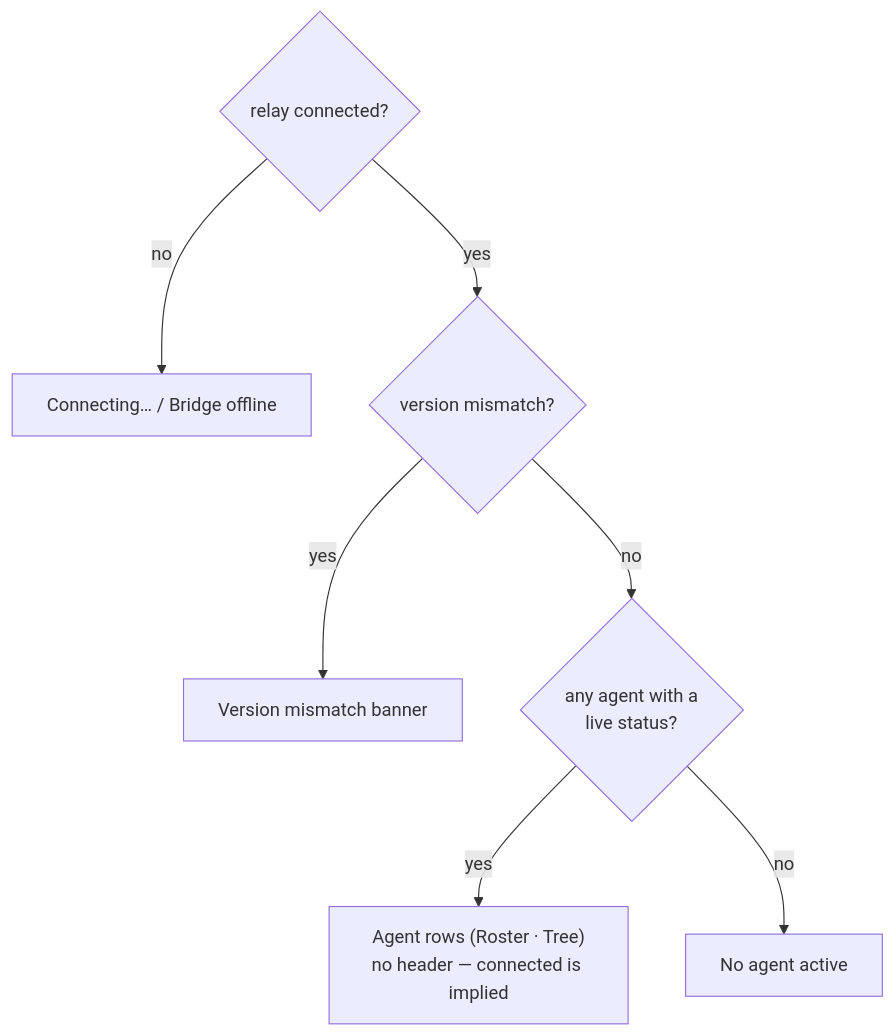
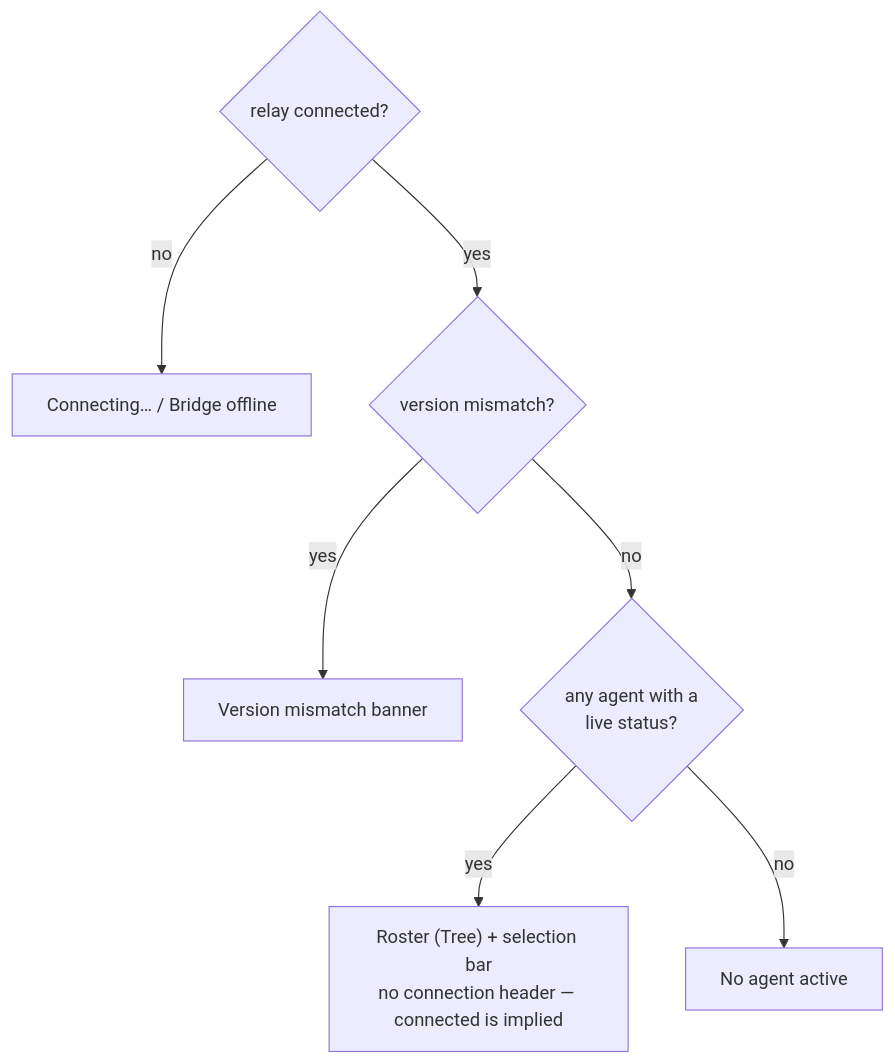
The first of 3 diagrams in docs/specs/status-monitor.md (yleilu/figma-agent-bridge), drawn with Mermaid before and after one commit. The commit also changed other lines of this file and 2 other files, not shown here.

First line of the commit message:
docs(spec): permit a roster-scoped selection bar; reconcile motion

````diff
--- a/docs/specs/status-monitor.md
+++ b/docs/specs/status-monitor.md
@@ -50,10 +51,10 @@
 ```mermaid
 flowchart TB
     Q1{"relay connected?"}
     Q1 -- no --> C1["Connecting… / Bridge offline"]
     Q1 -- yes --> Q0{"version mismatch?"}
     Q0 -- yes --> VM["Version mismatch banner"]
     Q0 -- no --> Q2{"any agent with a\nlive status?"}
-    Q2 -- yes --> AG["Agent rows (Roster · Tree)\nno header — connected is implied"]
+    Q2 -- yes --> AG["Roster (Tree) + selection bar\nno connection header — connected is implied"]
     Q2 -- no --> C3["No agent active"]
 ```
````
